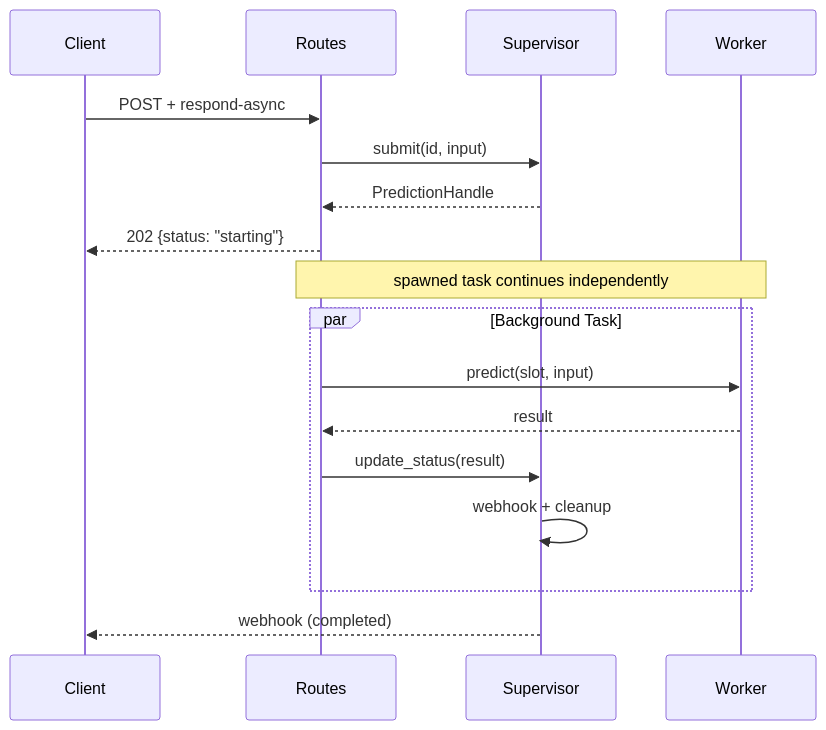
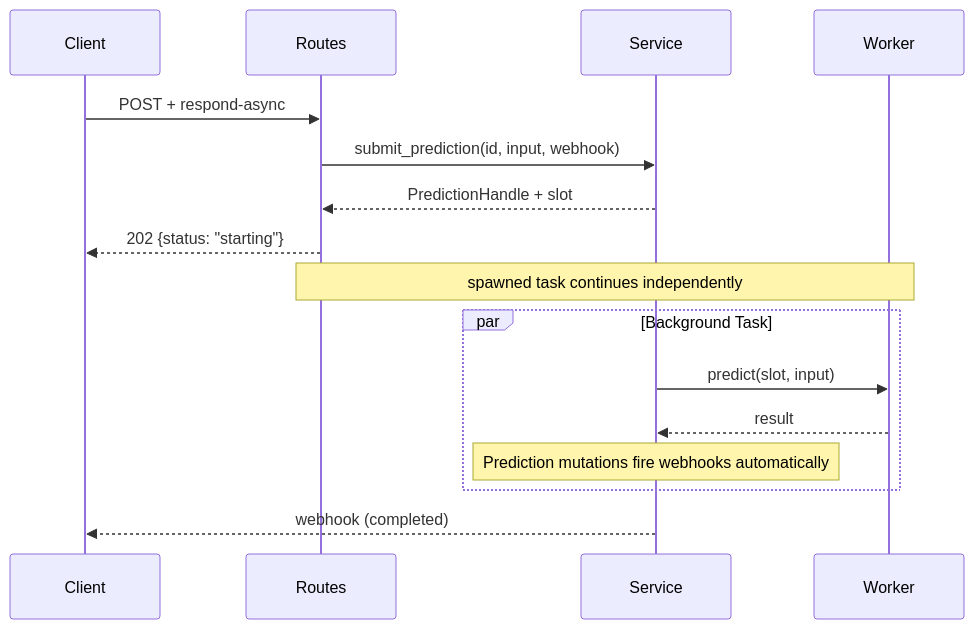
One commit to rdhanarot/cog changed the third of 5 diagrams in architecture/ffi/04-container-runtime.md. Above: the diagram before and after it, drawn with Mermaid. The commit also changed other lines of this file and 11 other files, not shown here.

First line of the commit message:
fix: eliminate dual prediction state, wire webhooks from single source of truth (#2780)

````diff
--- a/architecture/ffi/04-container-runtime.md
+++ b/architecture/ffi/04-container-runtime.md
@@ -192,24 +198,23 @@
 ```mermaid
 sequenceDiagram
     participant Client
     participant Routes
-    participant Supervisor
+    participant Service
     participant Worker
     
     Client->>Routes: POST + respond-async
-    Routes->>Supervisor: submit(id, input)
-    Supervisor-->>Routes: PredictionHandle
+    Routes->>Service: submit_prediction(id, input, webhook)
+    Service-->>Routes: PredictionHandle + slot
     
     Routes-->>Client: 202 {status: "starting"}
     
     Note over Routes,Worker: spawned task continues independently
     
     par Background Task
-        Routes->>Worker: predict(slot, input)
-        Worker-->>Routes: result
-        Routes->>Supervisor: update_status(result)
-        Supervisor->>Supervisor: webhook + cleanup
+        Service->>Worker: predict(slot, input)
+        Worker-->>Service: result
+        Note over Service: Prediction mutations fire webhooks automatically
     end
     
-    Supervisor-->>Client: webhook (completed)
+    Service-->>Client: webhook (completed)
 ```
````
